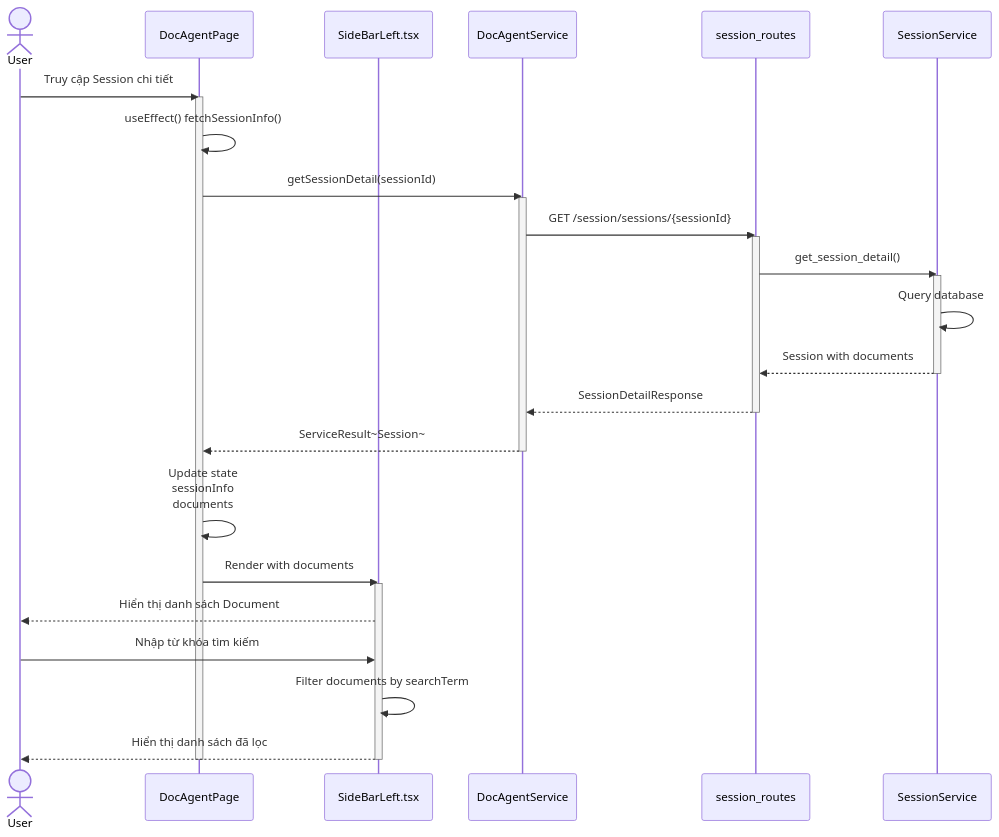
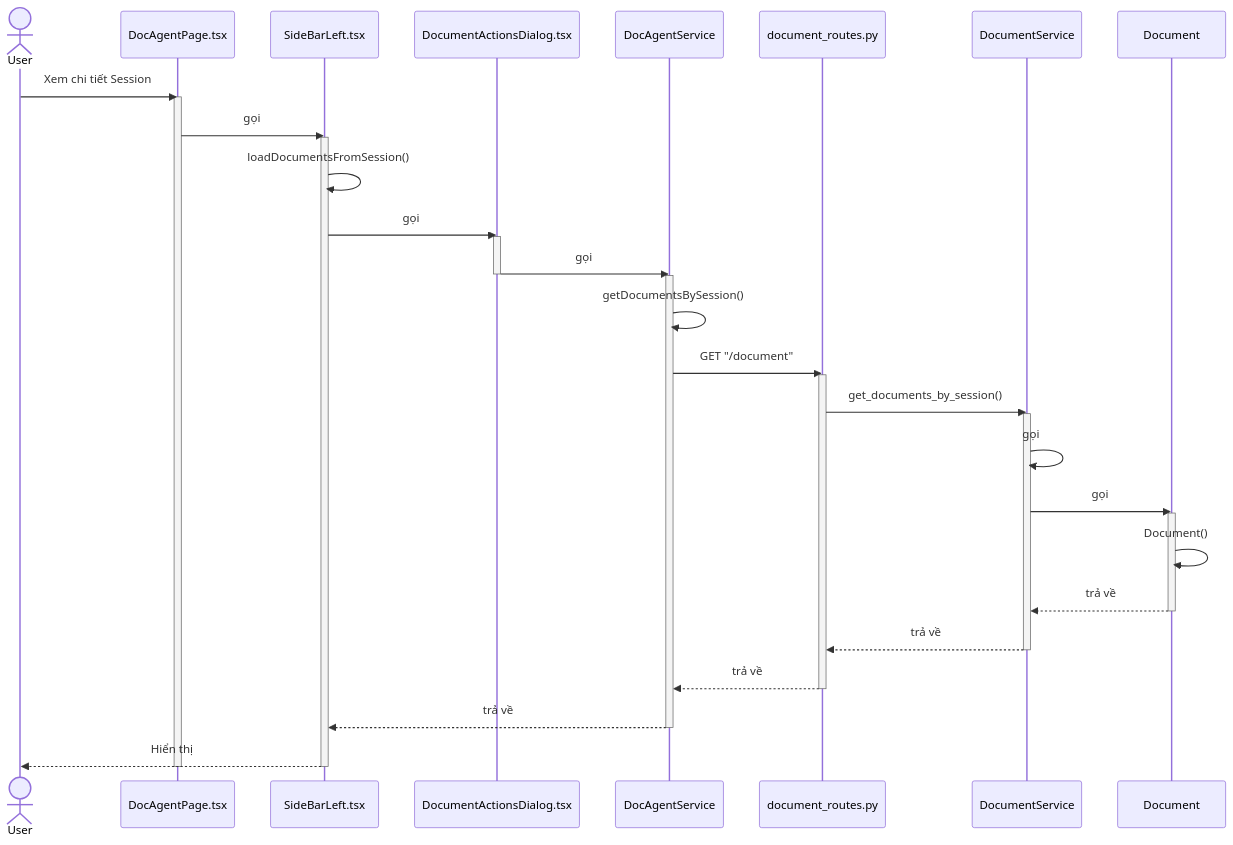
One commit to mduc-2610/gp_doc changed the first of 4 diagrams in document/4_document_management_seq.md. Above: the diagram before and after it, drawn with Mermaid. The commit also changed other lines of this file and 34 other files, not shown here.

````diff
--- a/document/4_document_management_seq.md
+++ b/document/4_document_management_seq.md
@@ -212,48 +5,53 @@
 ```mermaid
 sequenceDiagram
     actor User
-    participant DocAgentPage as DocAgentPage
+    participant DocAgentPage as DocAgentPage.tsx
     participant SideBarLeft as SideBarLeft.tsx
+    participant DocumentActionsDialog as DocumentActionsDialog.tsx
     participant DocAgentService as DocAgentService
-    participant SessionRoutes as session_routes
-    participant SessionService as SessionService
+    participant DocumentRoutes as document_routes.py
+    participant DocumentService as DocumentService
+    participant Document as Document
 
-    User->>DocAgentPage: Truy cập Session chi tiết
+    User->>DocAgentPage: Xem chi tiết Session
     activate DocAgentPage
     
-    DocAgentPage->>DocAgentPage: useEffect() fetchSessionInfo()
+    DocAgentPage->>SideBarLeft: gọi
+    activate SideBarLeft
     
-    DocAgentPage->>DocAgentService: getSessionDetail(sessionId)
+    SideBarLeft->>SideBarLeft: loadDocumentsFromSession()
+    SideBarLeft->>DocumentActionsDialog: gọi
+    activate DocumentActionsDialog
+    
+    DocumentActionsDialog->>DocAgentService: gọi
+    deactivate DocumentActionsDialog
     activate DocAgentService
     
-    DocAgentService->>SessionRoutes: GET /session/sessions/{sessionId}
-    activate SessionRoutes
+    DocAgentService->>DocAgentService: getDocumentsBySession()
+    DocAgentService->>DocumentRoutes: GET "/document"
+    activate DocumentRoutes
     
-    SessionRoutes->>SessionService: get_session_detail()
-    activate SessionService
+    DocumentRoutes->>DocumentService: get_documents_by_session()
+    activate DocumentService
     
-    SessionService->>SessionService: Query database
+    DocumentService->>DocumentService: gọi
+    DocumentService->>Document: gọi
+    activate Document
     
-    SessionService-->>SessionRoutes: Session with documents
-    deactivate SessionService
+    Document->>Document: Document()
+    Document-->>DocumentService: trả về
+    deactivate Document
     
-    SessionRoutes-->>DocAgentService: SessionDetailResponse
-    deactivate SessionRoutes
+    DocumentService-->>DocumentRoutes: trả về
+    deactivate DocumentService
     
-    DocAgentService-->>DocAgentPage: ServiceResult~Session~
+    DocumentRoutes-->>DocAgentService: trả về
+    deactivate DocumentRoutes
+    
+    DocAgentService-->>SideBarLeft: trả về
     deactivate DocAgentService
     
-    DocAgentPage->>DocAgentPage: Update state<br/>sessionInfo<br/>documents
-    
-    DocAgentPage->>SideBarLeft: Render with documents
-    activate SideBarLeft
-    
-    SideBarLeft-->>User: Hiển thị danh sách Document
-    
-    User->>SideBarLeft: Nhập từ khóa tìm kiếm
-    SideBarLeft->>SideBarLeft: Filter documents by searchTerm
-    SideBarLeft-->>User: Hiển thị danh sách đã lọc
-    
+    SideBarLeft-->>User: Hiển thị
     deactivate SideBarLeft
     deactivate DocAgentPage
 ```
````
